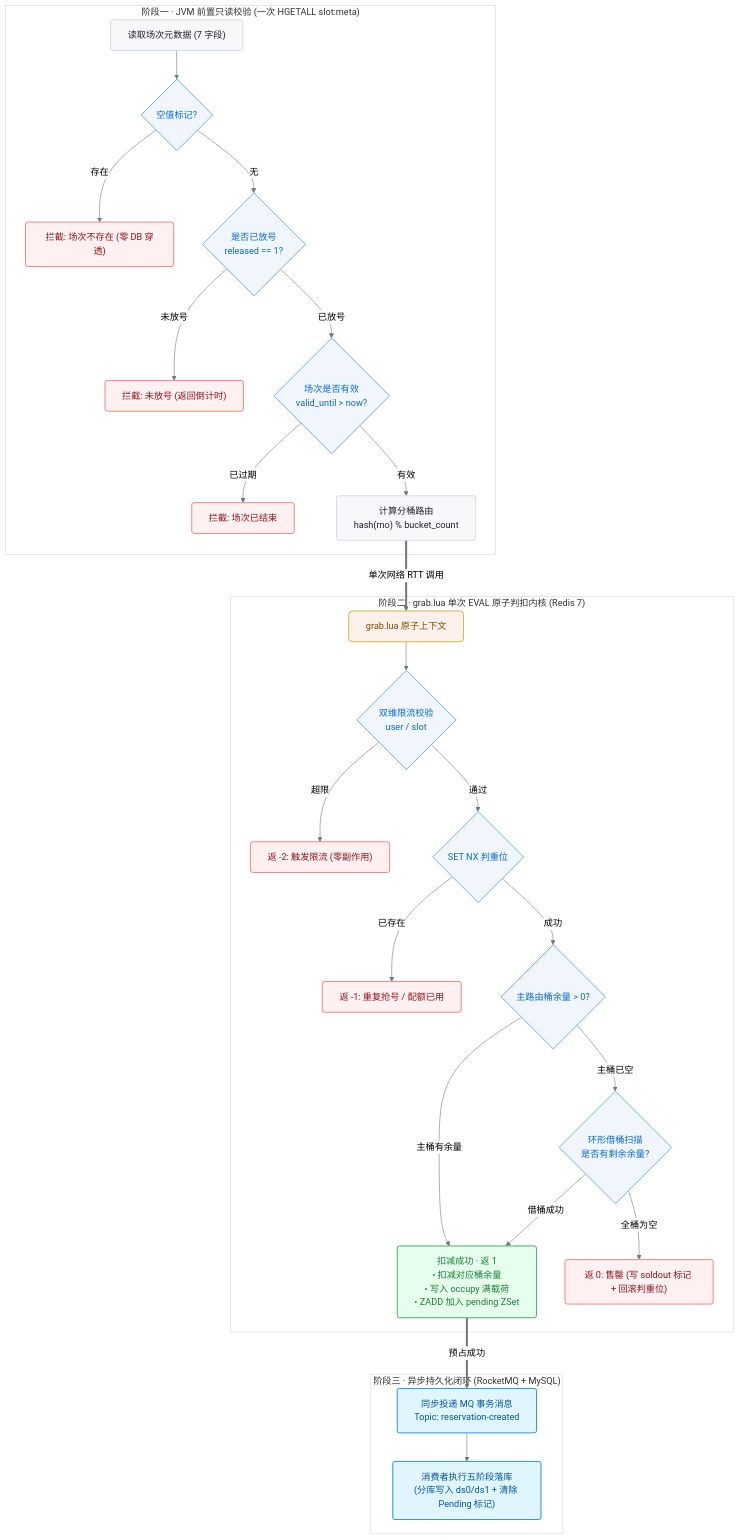
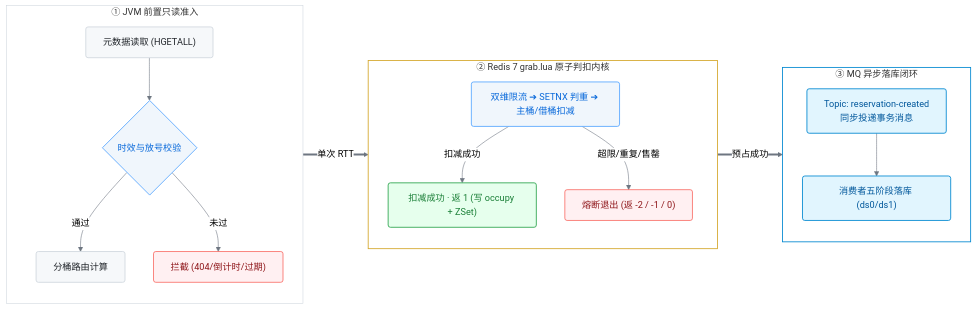
The second of 2 diagrams in README.md (s1oopX/ReserveX), drawn with Mermaid before and after one commit. The commit also changed other lines of this file, not shown here.

````diff
--- a/README.md
+++ b/README.md
@@ -242,81 +222,40 @@
 ```mermaid
 %%{init: {'theme': 'neutral', 'themeVariables': { 'clusterBkg': '#ffffff', 'clusterBorder': '#d0d7de', 'primaryColor': '#f6f8fa', 'primaryBorderColor': '#d0d7de', 'lineColor': '#6e7681' }}}%%
-flowchart TD
-    %% 统一现代工业级配色规范
+flowchart LR
     classDef default fill:#f6f8fa,stroke:#d0d7de,stroke-width:1.5px,color:#1f2328,rx:4px,ry:4px;
     classDef decision fill:#f0f6fc,stroke:#58a6ff,stroke-width:1.5px,color:#0969da;
     classDef reject fill:#fff0f2,stroke:#f85149,stroke-width:1.2px,color:#8e1519,rx:4px,ry:4px;
     classDef success fill:#e6ffed,stroke:#2da44e,stroke-width:1.5px,color:#1a7f37,rx:4px,ry:4px;
-    classDef luaCore fill:#fbf0ea,stroke:#d4a72c,stroke-width:1.5px,color:#7d4e00,rx:6px,ry:6px;
     classDef asyncStage fill:#e1f5fe,stroke:#0288d1,stroke-width:1.5px,color:#01579b,rx:4px,ry:4px;
 
-    %% 阶段一：前置只读准入校验
-    subgraph STAGE_1 ["阶段一 · JVM 前置只读校验 (一次 HGETALL slot:meta)"]
-        S["读取场次元数据 (7 字段)"]
-        Q1{"空值标记?"}:::decision
-        E1["拦截: 场次不存在 (零 DB 穿透)"]:::reject
-        
-        Q2{"是否已放号<br/>released == 1?"}:::decision
-        E2["拦截: 未放号 (返回倒计时)"]:::reject
-        
-        Q3{"场次是否有效<br/>valid_until > now?"}:::decision
-        E3["拦截: 场次已结束"]:::reject
-        
-        R["计算分桶路由<br/>hash(rno) % bucket_count"]
+    %% 阶段一：前置准入
+    subgraph P1 ["① JVM 前置只读准入"]
+        direction TB
+        S1["元数据读取 (HGETALL)"] --> C1{"时效与放号校验"}:::decision
+        C1 -->|通过| R1["分桶路由计算"]
+        C1 -->|未过| E1["拦截 (404/倒计时/过期)"]:::reject
     end
 
-    %% 阶段二：Lua 原子执行内核
-    subgraph STAGE_2 ["阶段二 · grab.lua 单次 EVAL 原子判扣内核 (Redis 7)"]
-        LUA["grab.lua 原子上下文"]:::luaCore
-        
-        G1{"双维限流校验<br/>user / slot"}:::decision
-        X1["返 -2: 触发限流 (零副作用)"]:::reject
-        
-        G2{"SET NX 判重位"}:::decision
-        X2["返 -1: 重复抢号 / 配额已用"]:::reject
-        
-        G3{"主路由桶余量 > 0?"}:::decision
-        G4{"环形借桶扫描<br/>是否有剩余余量?"}:::decision
-        X3["返 0: 售罄 (写 soldout 标记 + 回滚判重位)"]:::reject
-        
-        OK["扣减成功 · 返 1<br/>• 扣减对应桶余量<br/>• 写入 occupy 满载荷<br/>• ZADD 加入 pending ZSet"]:::success
+    %% 阶段二：Lua 原子判扣
+    subgraph P2 ["② Redis 7 grab.lua 原子判扣内核"]
+        direction TB
+        L2["双维限流 ➔ SETNX 判重 ➔ 主桶/借桶扣减"]:::decision
+        L2 -->|扣减成功| OK2["扣减成功 · 返 1 (写 occupy + ZSet)"]:::success
+        L2 -->|超限/重复/售罄| X2["熔断退出 (返 -2 / -1 / 0)"]:::reject
     end
 
-    %% 阶段三：异步削峰落库
-    subgraph STAGE_3 ["阶段三 · 异步持久化闭环 (RocketMQ + MySQL)"]
-        MQ["同步投递 MQ 事务消息<br/>Topic: reservation-created"]:::asyncStage
-        CON["消费者执行五阶段落库<br/>(分库写入 ds0/ds1 + 清除 Pending 标记)"]:::asyncStage
+    %% 阶段三：异步落库
+    subgraph P3 ["③ MQ 异步落库闭环"]
+        direction TB
+        M3["Topic: reservation-created<br/>同步投递事务消息"]:::asyncStage
+        M3 --> C3["消费者五阶段落库 (ds0/ds1)"]:::asyncStage
     end
 
-    %% 阶段一流转
-    S --> Q1
-    Q1 -->|存在| E1
-    Q1 -->|无| Q2
-    Q2 -->|未放号| E2
-    Q2 -->|已放号| Q3
-    Q3 -->|已过期| E3
-    Q3 -->|有效| R
+    %% 纯横向 3 阶段主干贯通 (高度仅 220px！)
+    R1 ==>|"单次 RTT"| L2
+    OK2 ==>|"预占成功"| M3
 
-    %% 跨阶段：进入 Lua 脚本
-    R ==>|单次网络 RTT 调用| LUA
-
-    %% 阶段二流转
-    LUA --> G1
-    G1 -->|超限| X1
-    G1 -->|通过| G2
-    G2 -->|已存在| X2
-    G2 -->|成功| G3
-    G3 -->|主桶有余量| OK
-    G3 -->|主桶已空| G4
-    G4 -->|借桶成功| OK
-    G4 -->|全桶为空| X3
-
-    %% 跨阶段：进入 MQ
-    OK ==>|预占成功| MQ
-    MQ --> CON
-
-    %% 消除外框默认黄色
-    style STAGE_1 fill:#ffffff,stroke:#d0d7de,stroke-width:1px
-    style STAGE_2 fill:#ffffff,stroke:#d0d7de,stroke-width:1px
-    style STAGE_3 fill:#ffffff,stroke:#d0d7de,stroke-width:1px
+    style P1 fill:#ffffff,stroke:#d0d7de,stroke-width:1px
+    style P2 fill:#ffffff,stroke:#d4a72c,stroke-width:1.5px
+    style P3 fill:#ffffff,stroke:#0288d1,stroke-width:1.5px
 ```
````
